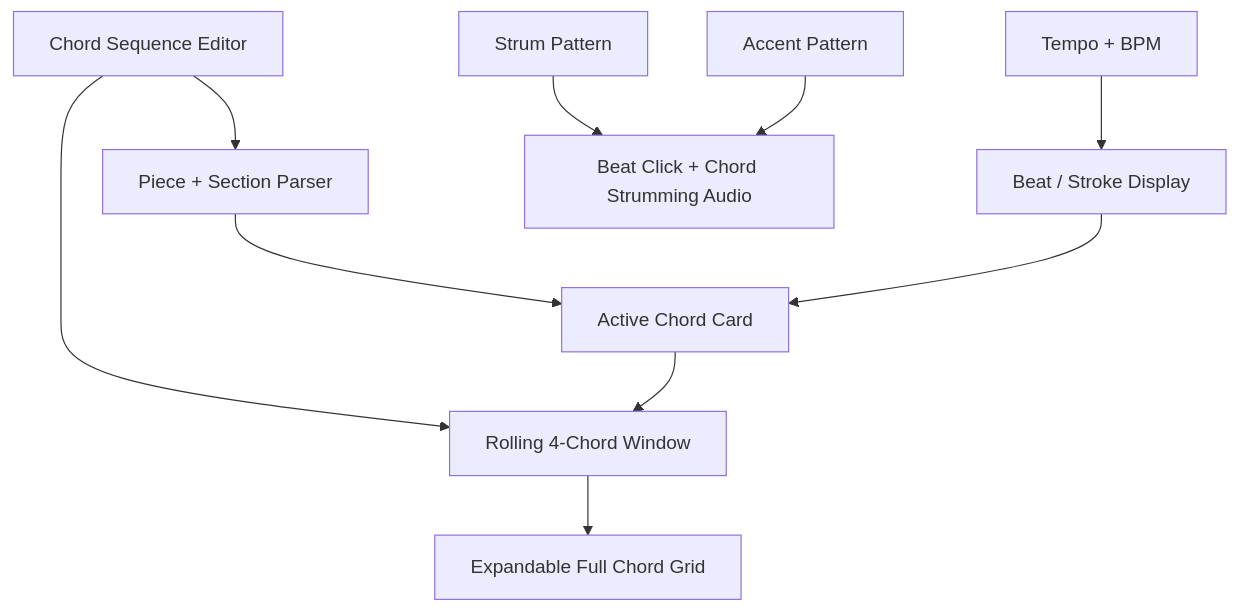
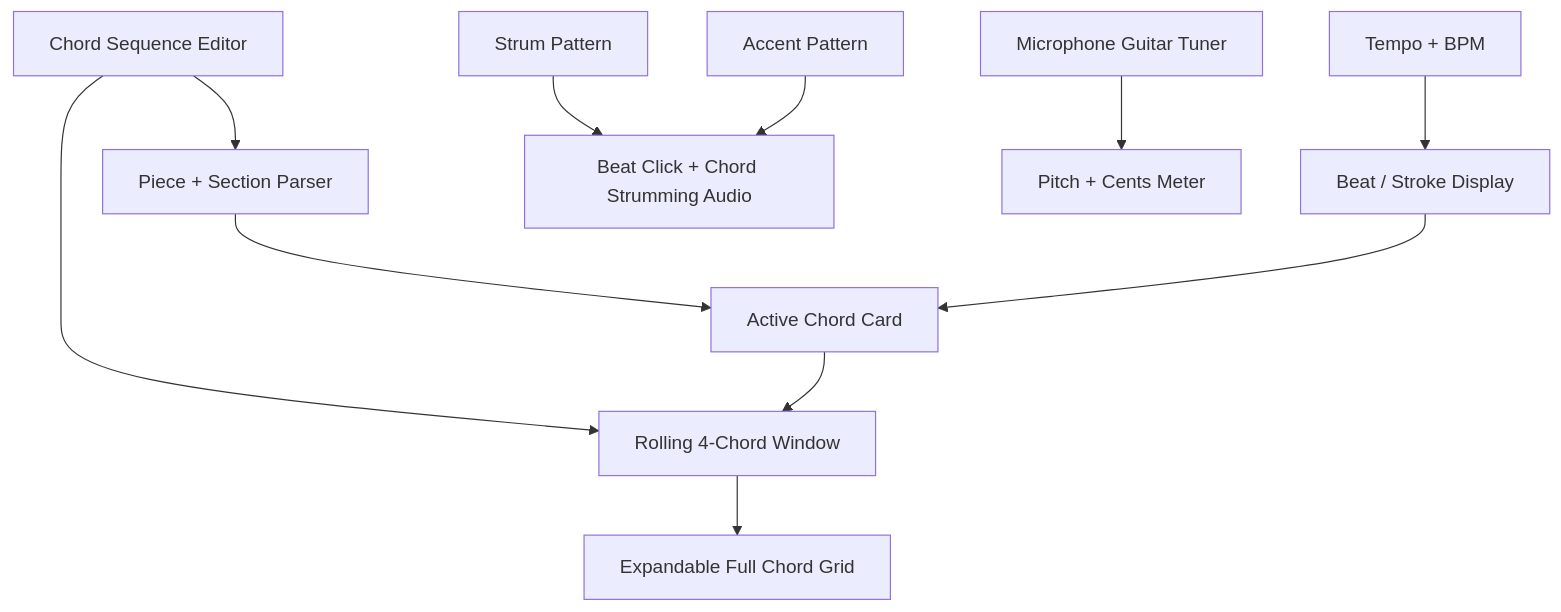
The first of 2 diagrams in README.md (techtony2018/Chord-Strumming-Trainer), drawn with Mermaid before and after one commit. The commit also changed other lines of this file and 4 other files, not shown here.

Commit message:
Add integrated guitar tuner and chord previews

````diff
--- a/README.md
+++ b/README.md
@@ -37,12 +39,13 @@
 ```mermaid
 flowchart TD
   A["Tempo + BPM"] --> B["Beat / Stroke Display"]
   B --> C["Active Chord Card"]
   C --> D["Rolling 4-Chord Window"]
   D --> E["Expandable Full Chord Grid"]
   F["Chord Sequence Editor"] --> D
   F --> G["Piece + Section Parser"]
   H["Accent Pattern"] --> I["Beat Click + Chord Strumming Audio"]
   J["Strum Pattern"] --> I
   G --> C
+  K["Microphone Guitar Tuner"] --> L["Pitch + Cents Meter"]
 ```
````
